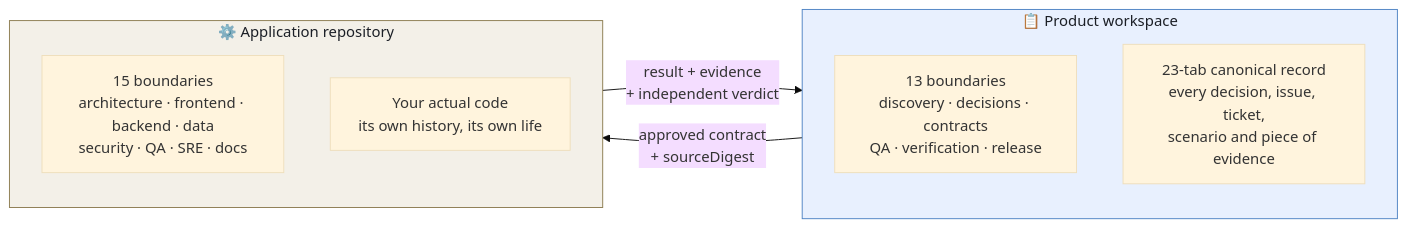
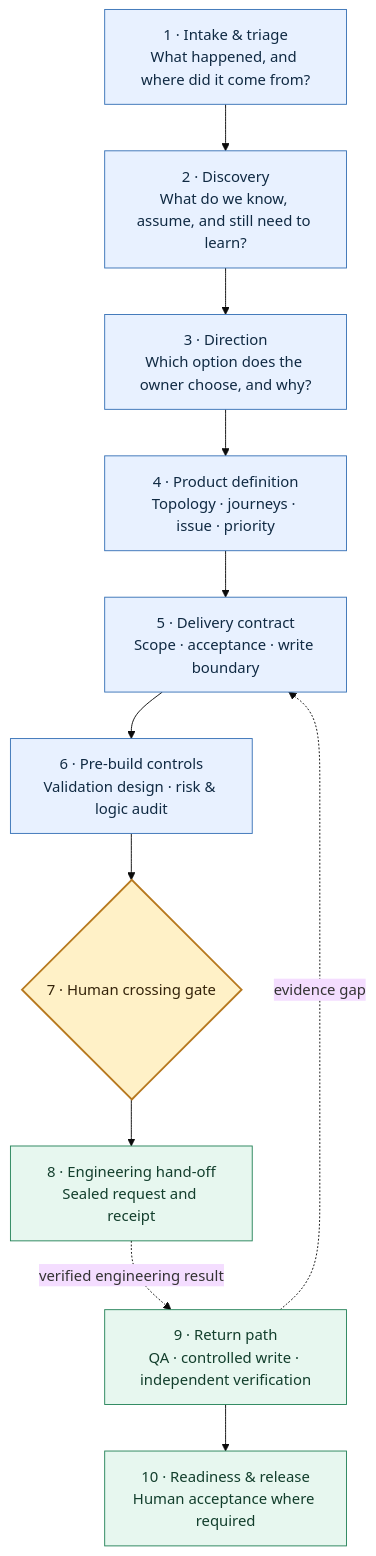
The third of 6 diagrams in README.md (sedwna/open-product-operations-os), drawn with Mermaid (base theme) before and after one commit. The commit also changed other lines of this file, not shown here.

Commit message:
docs: explain the full product and development lifecycle

````diff
--- a/README.md
+++ b/README.md
@@ -181,20 +164,24 @@
 ```mermaid
-flowchart LR
-    subgraph PROD ["📋 Product workspace"]
-      direction TB
-      P1["13 boundaries<br/>discovery · decisions · contracts<br/>QA · verification · release"]
-      P2["23-tab canonical record<br/>every decision, issue, ticket,<br/>scenario and piece of evidence"]
-    end
+flowchart TB
+    A["1 · Intake & triage<br/>What happened, and where did it come from?"]
+    B["2 · Discovery<br/>What do we know, assume, and still need to learn?"]
+    C["3 · Direction<br/>Which option does the owner choose, and why?"]
+    D["4 · Product definition<br/>Topology · journeys · issue · priority"]
+    E["5 · Delivery contract<br/>Scope · acceptance · write boundary"]
+    F["6 · Pre-build controls<br/>Validation design · risk & logic audit"]
+    G{"7 · Human crossing gate"}
+    H["8 · Engineering hand-off<br/>Sealed request and receipt"]
+    I["9 · Return path<br/>QA · controlled write · independent verification"]
+    J["10 · Readiness & release<br/>Human acceptance where required"]
 
-    subgraph APP ["⚙️ Application repository"]
-      direction TB
-      E1["15 boundaries<br/>architecture · frontend · backend · data<br/>security · QA · SRE · docs"]
-      E2["Your actual code<br/>its own history, its own life"]
-    end
+    A --> B --> C --> D --> E --> F --> G --> H
+    H -.->|verified engineering result| I --> J
+    I -.->|evidence gap| E
 
-    PROD -- "approved contract<br/>+ sourceDigest" --> APP
-    APP -- "result + evidence<br/>+ independent verdict" --> PROD
-
-    style PROD fill:#e8f0fe,stroke:#4c82c3,color:#1b1f26
-    style APP fill:#f3f0e8,stroke:#8a7a4e,color:#1b1f26
+    classDef product fill:#E8F1FF,stroke:#3973B7,color:#102A43;
+    classDef gate fill:#FFF1C7,stroke:#B7791F,color:#34230A,stroke-width:2px;
+    classDef return fill:#E7F7EF,stroke:#27845A,color:#123E2C;
+    class A,B,C,D,E,F product;
+    class G gate;
+    class H,I,J return;
 ```
````
